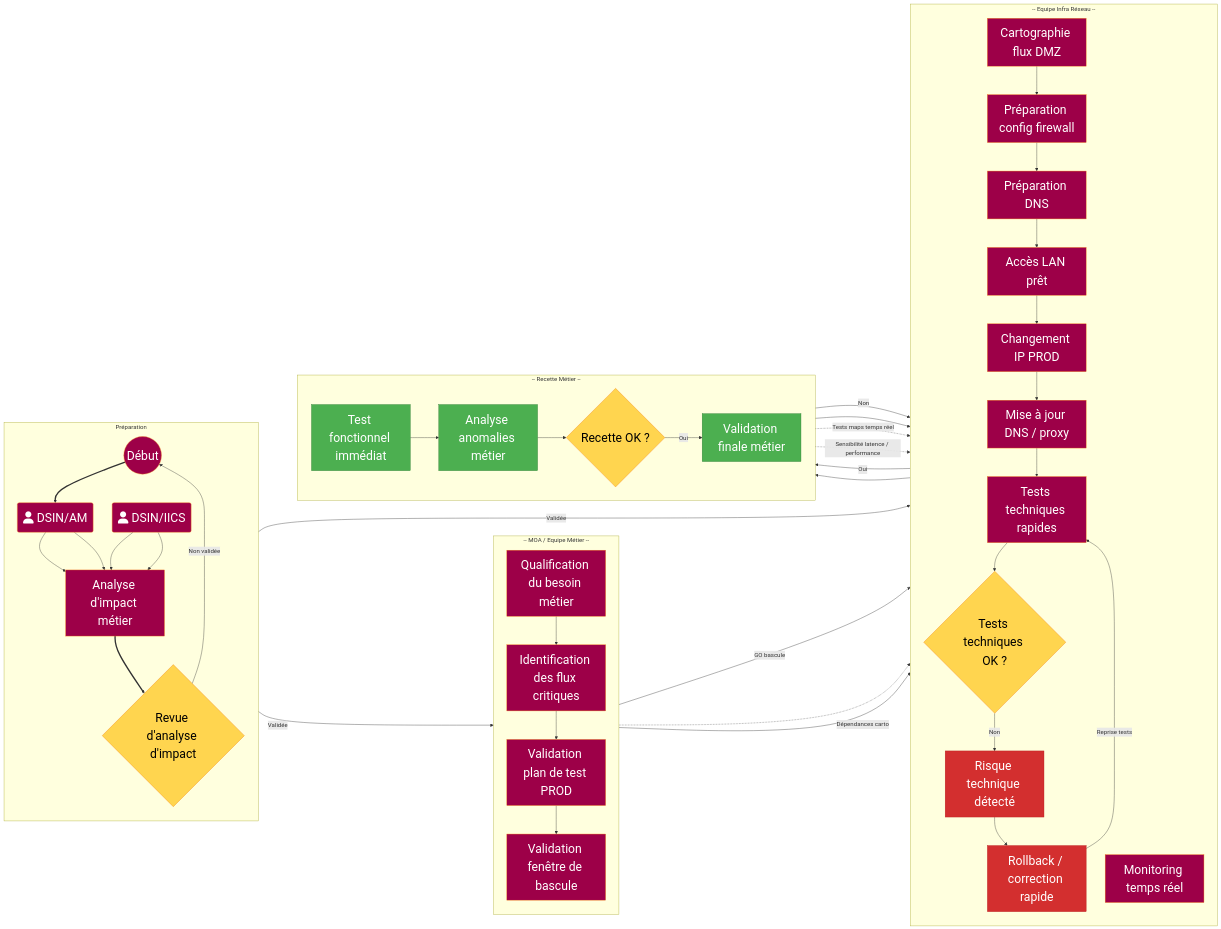
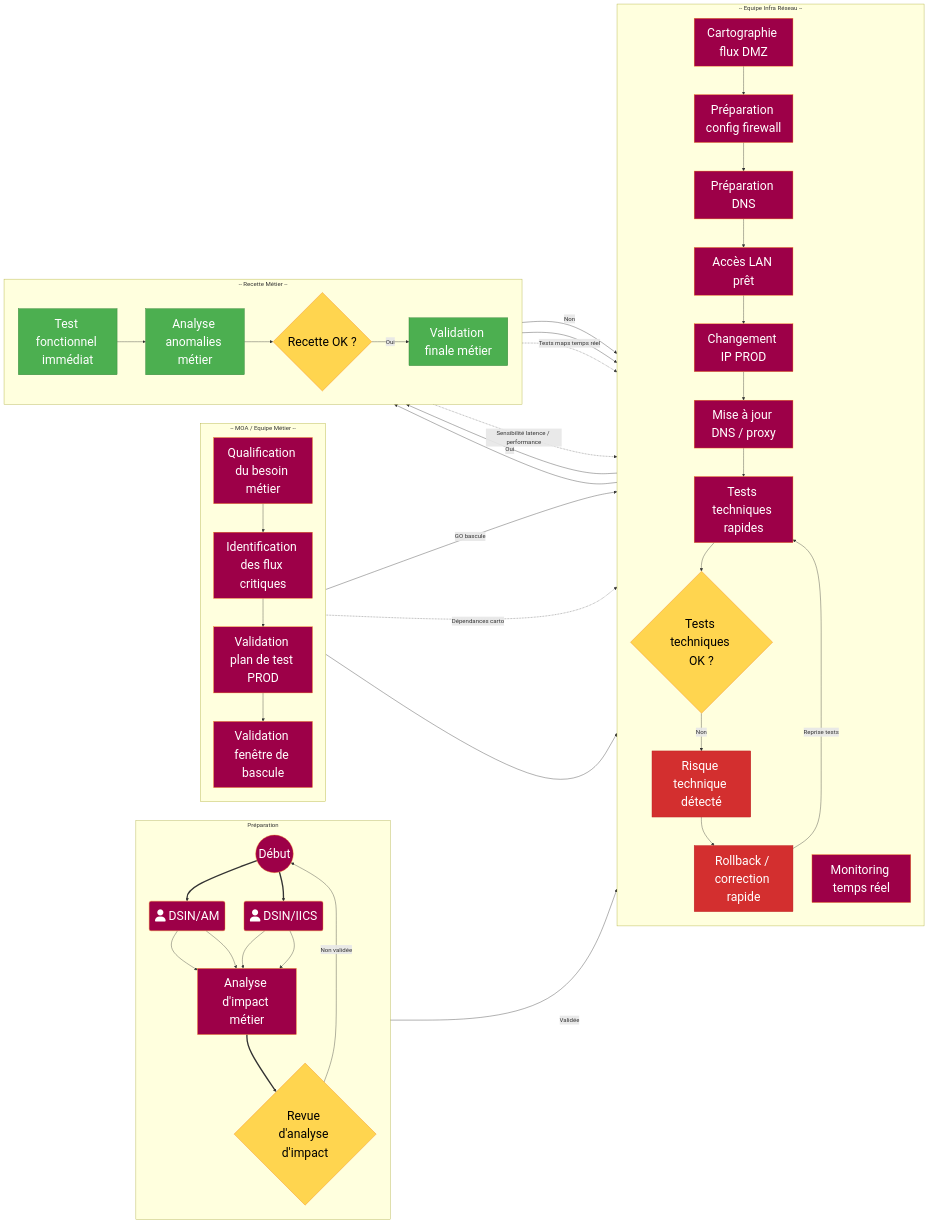
Before and after one commit to fdadda/iodraw-files: the diagram in all/CHANGE IP - Sans Pre-Prod.md, drawn with Mermaid.

Commit message:
2026-06-01 15:35:44 update

```diff
--- a/all/CHANGE IP - Sans Pre-Prod.md
+++ b/all/CHANGE IP - Sans Pre-Prod.md
@@ -63,10 +63,10 @@
 %% Ordonnancement visuel
 METIER --> INFRA --> RECETTE
 %%linkStyle 0 opacity:0
-linkStyle 1 opacity:0
+%%linkStyle 1 opacity:0
 
 %% Workflow Métier
-D0 -- Validée --> M1 --> M2 --> M3 --> M4
+ M1 --> M2 --> M3 --> M4
 M4 -->|GO bascule| I1
 
 %% Workflow Infra
```
